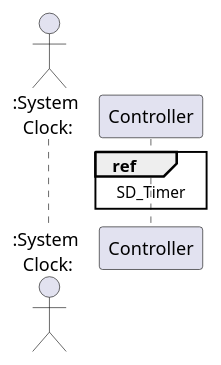
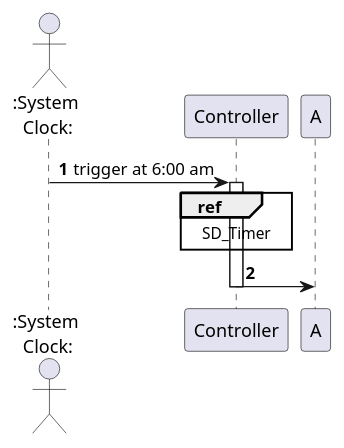
One commit to MadDinosaur/ISEP-LAPR2 changed the diagram in docs/SprintD/US19/US19_SD.puml. Above: the diagram before and after it, drawn with PlantUML. The commit also changed 2 other files, not shown here.

```diff
--- a/docs/SprintD/US19/US19_SD.puml
+++ b/docs/SprintD/US19/US19_SD.puml
@@ -1,10 +1,14 @@
 @startuml
 
 autonumber
 
 actor ":System\n Clock:" as Clock
+participant Controller
 
-
+Clock -> Controller : trigger at 6:00 am
+activate Controller
 ref over Controller : SD_Timer
+Controller -> A
+deactivate Controller
 
 @enduml
```
